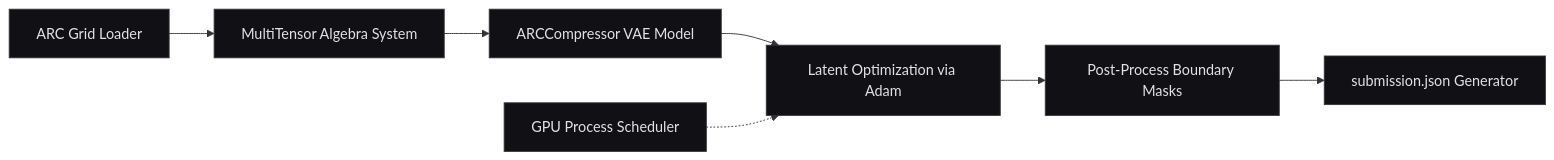
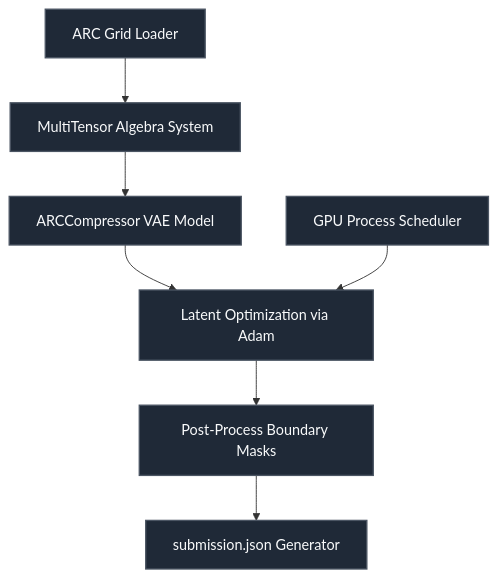
One commit to RAFIRE-ESSE/ARC-Prize-2024-Human-Calibrated-Problems changed the diagram in README.md. Above: the diagram before and after it, drawn with Mermaid.

````diff
--- a/README.md
+++ b/README.md
@@ -29,16 +29,16 @@
 ```mermaid
-flowchart LR
+flowchart TD
     Loader[ARC Grid Loader] --> Algebra[MultiTensor Algebra System]
     Algebra --> Model[ARCCompressor VAE Model]
     Model --> Train[Latent Optimization via Adam]
+    Scheduler[GPU Process Scheduler] --> Train
     Train --> Post[Post-Process Boundary Masks]
     Post --> Sub[submission.json Generator]
-    Scheduler[GPU Process Scheduler] -.-> Train
-    style Loader fill:#111115,stroke:#33333b,stroke-width:1px,color:#e1e1e6
-    style Algebra fill:#111115,stroke:#33333b,stroke-width:1px,color:#e1e1e6
-    style Model fill:#111115,stroke:#33333b,stroke-width:1px,color:#e1e1e6
-    style Train fill:#111115,stroke:#33333b,stroke-width:1px,color:#e1e1e6
-    style Post fill:#111115,stroke:#33333b,stroke-width:1px,color:#e1e1e6
-    style Sub fill:#111115,stroke:#33333b,stroke-width:1px,color:#e1e1e6
-    style Scheduler fill:#111115,stroke:#33333b,stroke-width:1px,color:#e1e1e6
+    style Loader fill:#1f2937,stroke:#4b5563,stroke-width:1.5px,color:#f9fafb
+    style Algebra fill:#1f2937,stroke:#4b5563,stroke-width:1.5px,color:#f9fafb
+    style Model fill:#1f2937,stroke:#4b5563,stroke-width:1.5px,color:#f9fafb
+    style Train fill:#1f2937,stroke:#4b5563,stroke-width:1.5px,color:#f9fafb
+    style Post fill:#1f2937,stroke:#4b5563,stroke-width:1.5px,color:#f9fafb
+    style Sub fill:#1f2937,stroke:#4b5563,stroke-width:1.5px,color:#f9fafb
+    style Scheduler fill:#1f2937,stroke:#4b5563,stroke-width:1.5px,color:#f9fafb
 ```
````
